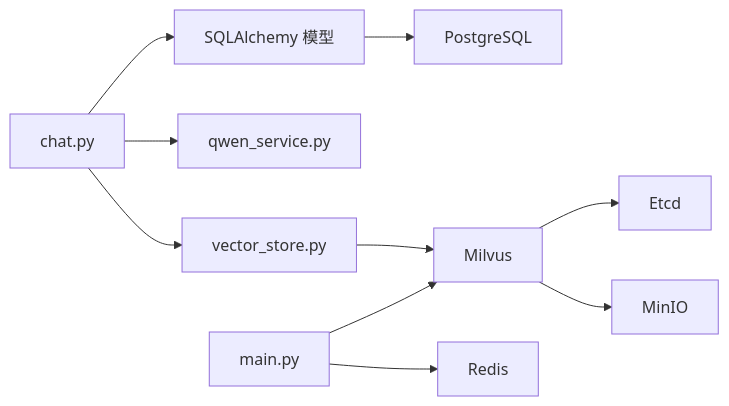
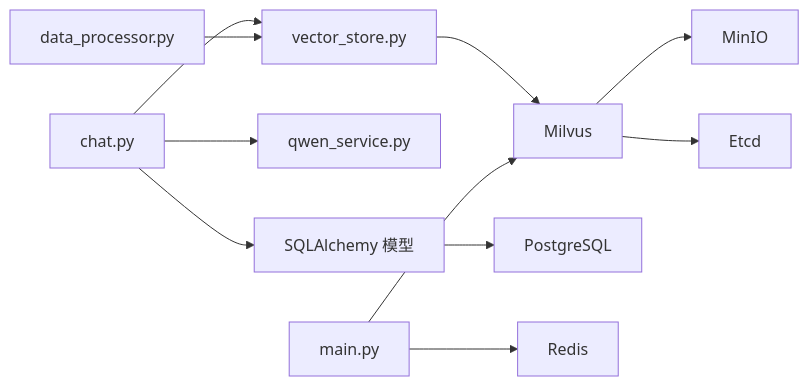
Before and after one commit to ghbbn053-ship-itsoulddog/soulddog: the tenth of 10 diagrams in .qoder/repowiki/zh/content/AI智能问答系统/向量数据库集成.md, drawn with Mermaid. The commit also changed other lines of this file and 12 other files, not shown here.

````diff
--- a/.qoder/repowiki/zh/content/AI智能问答系统/向量数据库集成.md
+++ b/.qoder/repowiki/zh/content/AI智能问答系统/向量数据库集成.md
@@ -301,12 +397,13 @@
 ```mermaid
 graph LR
 ChatAPI["chat.py"] --> VectorStore["vector_store.py"]
 ChatAPI --> Qwen["qwen_service.py"]
 VectorStore --> Milvus["Milvus"]
 ChatAPI --> DB["SQLAlchemy 模型"]
 DB --> Postgres["PostgreSQL"]
 API["main.py"] --> Redis["Redis"]
 API --> Milvus
+DataProc["data_processor.py"] --> VectorStore
 Milvus --> MinIO["MinIO"]
 Milvus --> Etcd["Etcd"]
 ```
````
